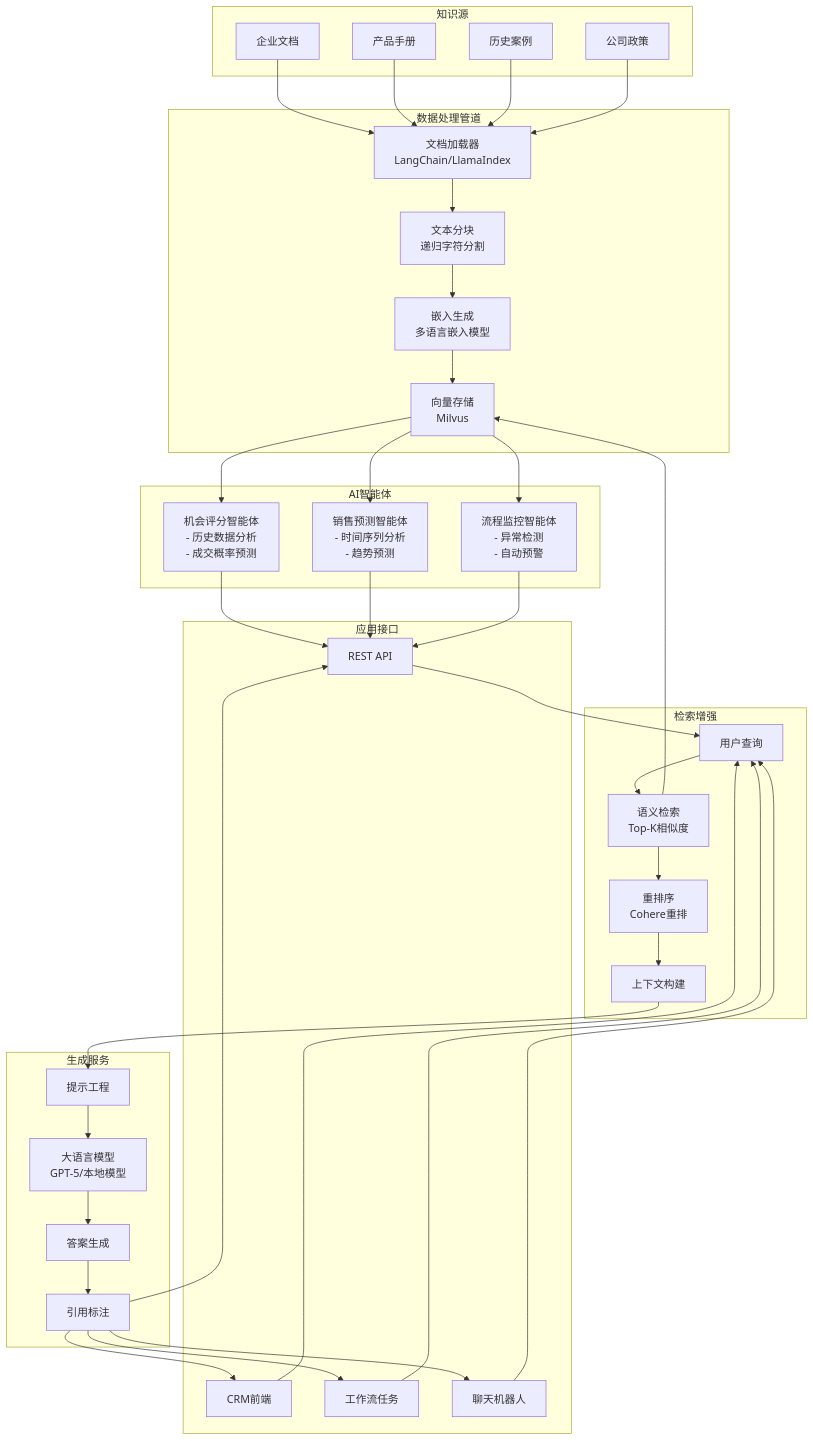
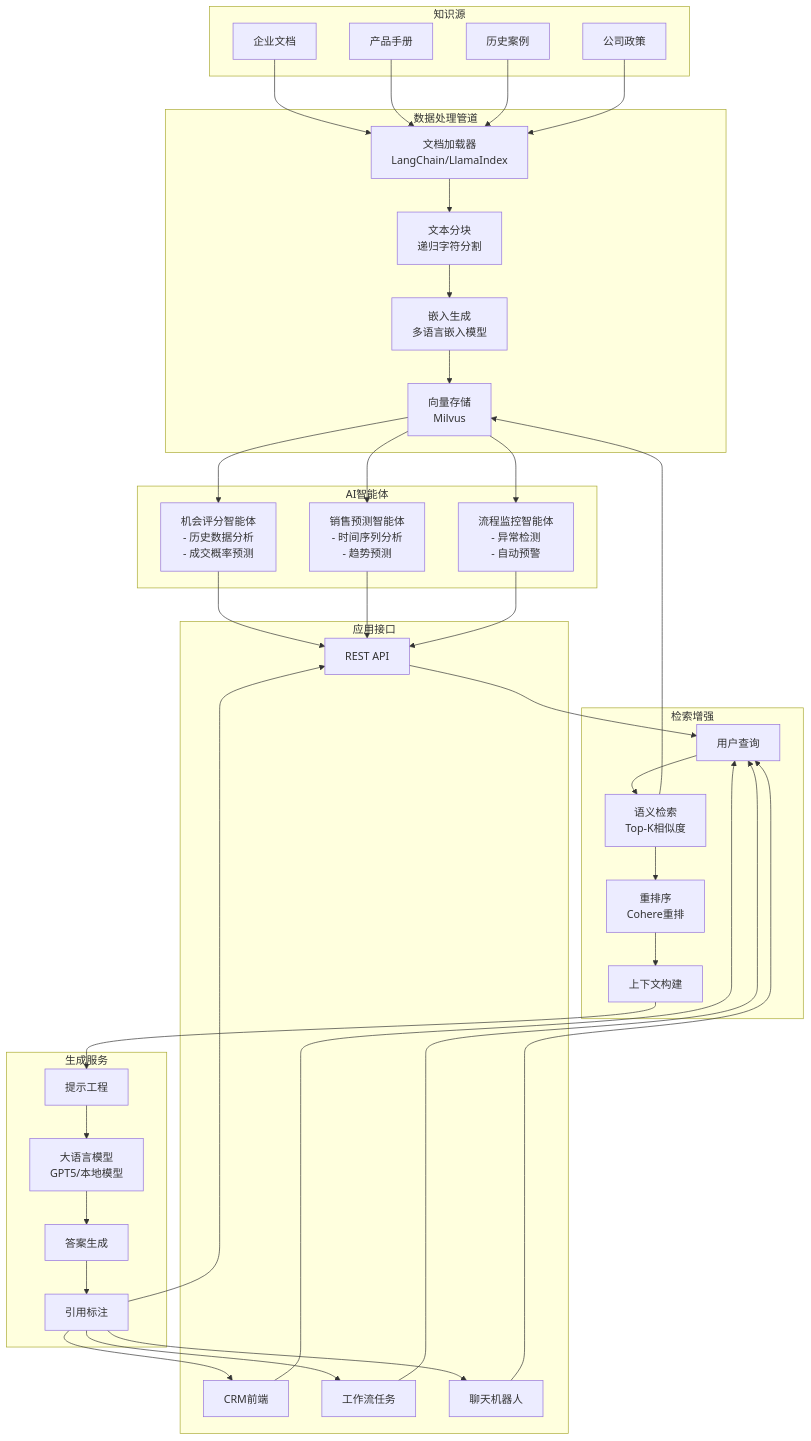
One commit to zavierd/ZHCRM changed the diagram in diagrams/rag-architecture.mmd. Above: the diagram before and after it, drawn with Mermaid. The commit also changed 2 other files, not shown here.

Commit message:
fix: 修复Mermaid图表中的语法错误
- 将GPT-5改为GPT5，避免连字符在Mermaid中被解析为减号
- 修复RAG架构图和技术栈思维导图的渲染问题
- 确保所有图表在GitHub上正常显示
- 保持AI模型版本的一致性

```diff
--- a/diagrams/rag-architecture.mmd
+++ b/diagrams/rag-architecture.mmd
@@ -1,81 +1,81 @@
 graph TB
     subgraph "知识源"
         DOC[企业文档]
         MANUAL[产品手册]
         CASE[历史案例]
         POLICY[公司政策]
     end
 
     subgraph "数据处理管道"
         LOAD[文档加载器<br/>LangChain/LlamaIndex]
         SPLIT[文本分块<br/>递归字符分割]
         EMBED[嵌入生成<br/>多语言嵌入模型]
         STORE[向量存储<br/>Milvus]
     end
 
     subgraph "检索增强"
         QUERY[用户查询]
         RETRIEVE[语义检索<br/>Top-K相似度]
         RERANK[重排序<br/>Cohere重排]
         CONTEXT[上下文构建]
     end
 
     subgraph "生成服务"
-        LLM[大语言模型<br/>GPT-5/本地模型]
+        LLM[大语言模型<br/>GPT5/本地模型]
         PROMPT[提示工程]
         ANSWER[答案生成]
         CITE[引用标注]
     end
 
     subgraph "AI智能体"
         SCORE_AGENT[机会评分智能体<br/>- 历史数据分析<br/>- 成交概率预测]
         FORECAST_AGENT[销售预测智能体<br/>- 时间序列分析<br/>- 趋势预测]
         MONITOR_AGENT[流程监控智能体<br/>- 异常检测<br/>- 自动预警]
     end
 
     subgraph "应用接口"
         CRM_UI[CRM前端]
         WORKFLOW_TASK[工作流任务]
         CHAT_BOT[聊天机器人]
         API[REST API]
     end
     
     %% 数据流
     DOC --> LOAD
     MANUAL --> LOAD
     CASE --> LOAD
     POLICY --> LOAD
     
     LOAD --> SPLIT
     SPLIT --> EMBED
     EMBED --> STORE
     
     QUERY --> RETRIEVE
     RETRIEVE --> STORE
     RETRIEVE --> RERANK
     RERANK --> CONTEXT
     
     CONTEXT --> PROMPT
     PROMPT --> LLM
     LLM --> ANSWER
     ANSWER --> CITE
     
     %% 智能体连接
     STORE --> SCORE_AGENT
     STORE --> FORECAST_AGENT
     STORE --> MONITOR_AGENT
     
     %% 应用接口
     CRM_UI --> QUERY
     WORKFLOW_TASK --> QUERY
     CHAT_BOT --> QUERY
     API --> QUERY
     
     CITE --> CRM_UI
     CITE --> WORKFLOW_TASK
     CITE --> CHAT_BOT
     CITE --> API
     
     SCORE_AGENT --> API
     FORECAST_AGENT --> API
     MONITOR_AGENT --> API
```
